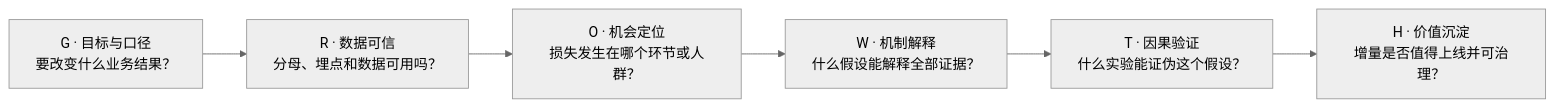
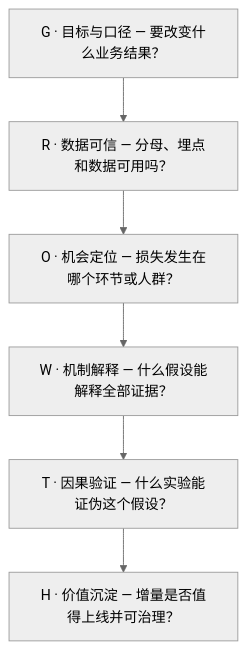
One commit to liu-XI71/growthlab-user-growth-analytics changed the first of 2 diagrams in README_zh.md. Above: the diagram before and after it, drawn with Mermaid (neutral theme). The commit also changed 1 other file, not shown here.

Commit message:
Make the GROWTH framework readable on GitHub (#5)
Render the six-step business framework vertically in both READMEs so recruiter-facing questions remain readable.

````diff
--- a/README_zh.md
+++ b/README_zh.md
@@ -30,8 +30,8 @@
 ```mermaid
-flowchart LR
-    G["G · 目标与口径<br/>要改变什么业务结果？"] --> R["R · 数据可信<br/>分母、埋点和数据可用吗？"]
-    R --> O["O · 机会定位<br/>损失发生在哪个环节或人群？"]
-    O --> W["W · 机制解释<br/>什么假设能解释全部证据？"]
-    W --> T["T · 因果验证<br/>什么实验能证伪这个假设？"]
-    T --> H["H · 价值沉淀<br/>增量是否值得上线并可治理？"]
+flowchart TB
+    G["G · 目标与口径 — 要改变什么业务结果？"] --> R["R · 数据可信 — 分母、埋点和数据可用吗？"]
+    R --> O["O · 机会定位 — 损失发生在哪个环节或人群？"]
+    O --> W["W · 机制解释 — 什么假设能解释全部证据？"]
+    W --> T["T · 因果验证 — 什么实验能证伪这个假设？"]
+    T --> H["H · 价值沉淀 — 增量是否值得上线并可治理？"]
 ```
````
